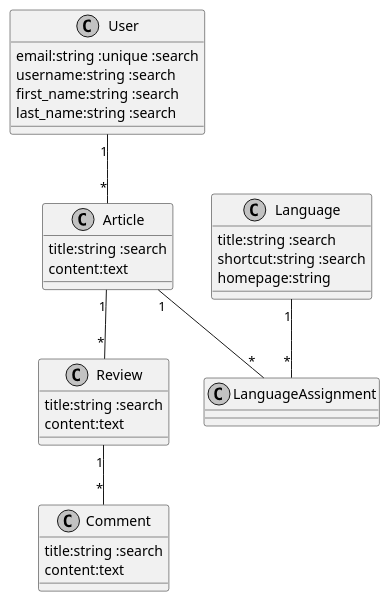
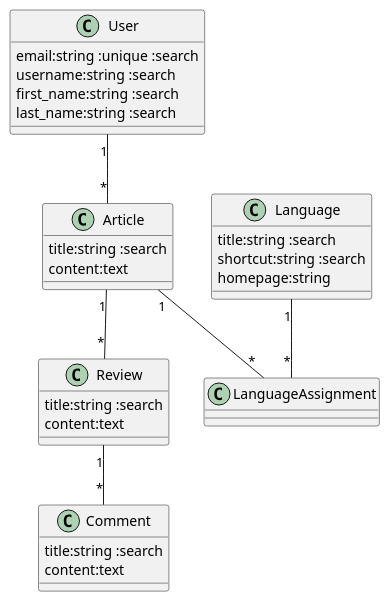
The diagram in docs/blogger.md (jrcech/rails_template), drawn with PlantUML before and after one commit. The commit also changed 3 other files, not shown here.

````diff
--- a/docs/blogger.md
+++ b/docs/blogger.md
@@ -1,44 +1,41 @@
 ```plantuml
 @startuml
-
-skinparam monochrome true
-skinparam shadowing false
 
 class User {
   email:string :unique :search
   username:string :search
   first_name:string :search
   last_name:string :search
 }
 
 class Article {
   title:string :search
   content:text
 }
 
 class Language {
   title:string :search
   shortcut:string :search
   homepage:string
 }
 
 class Comment {
   title:string :search
   content:text
 }
 
 class Review {
   title:string :search
   content:text
 }
 
 User "1" -- "*" Article
 
 Article "1" -- "*" Review
 Review "1" -- "*" Comment
 
 Article "1" -- "*" LanguageAssignment
 Language "1" -- "*" LanguageAssignment
 
 @enduml
 ```
````
